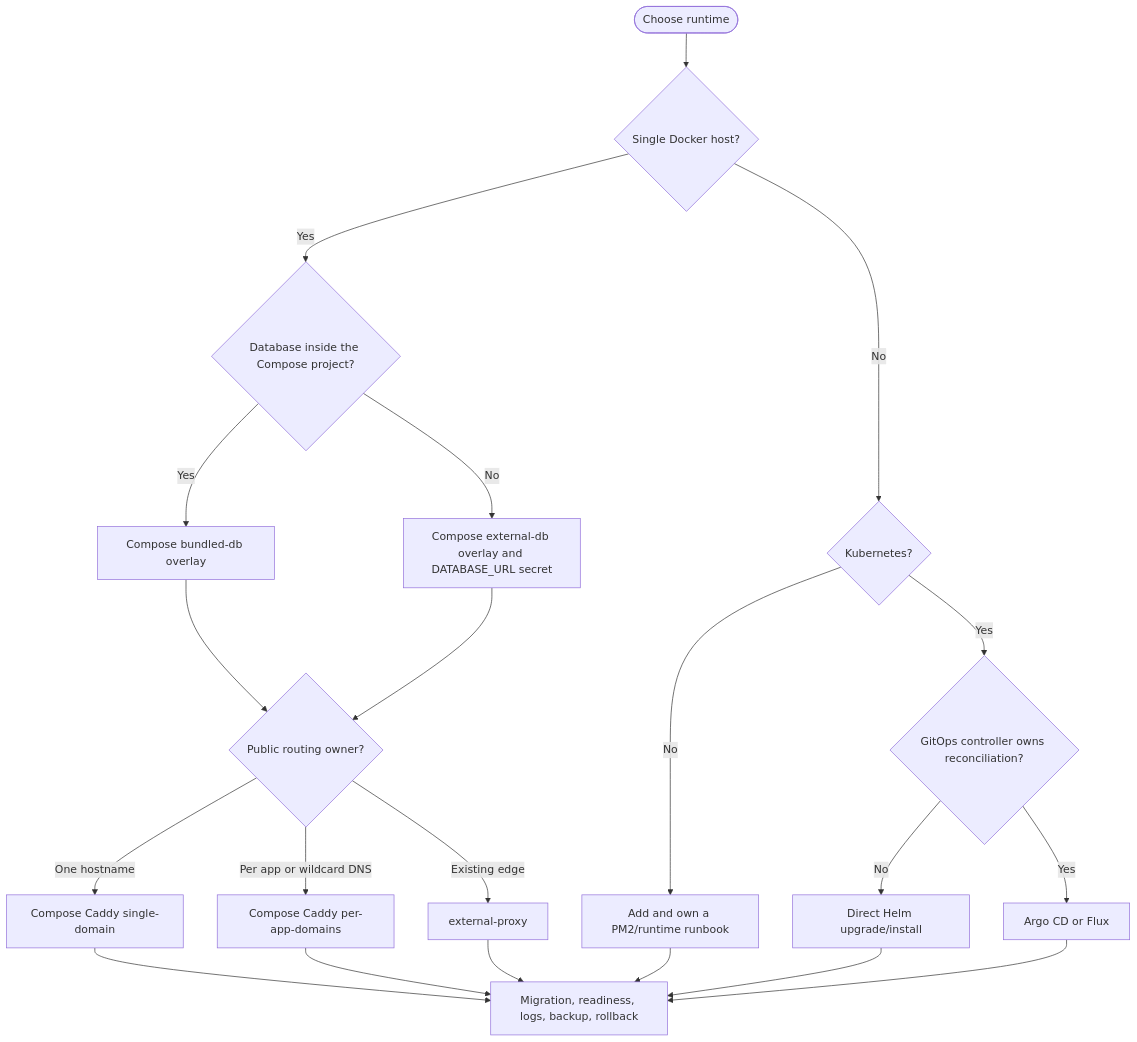
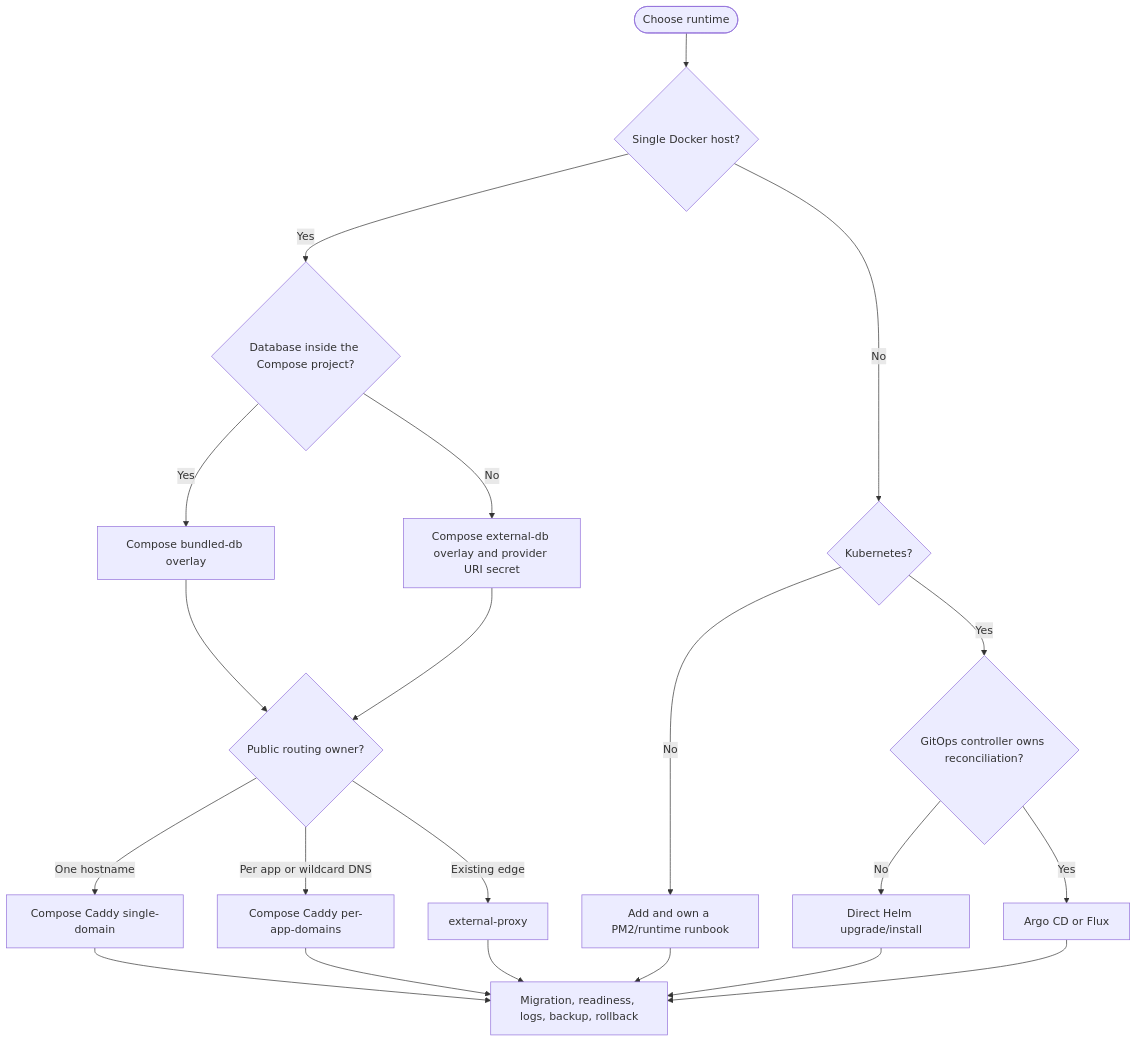
One commit to nmime/nest-react-boilerplate changed the diagram in docs/deployment.md. Above: the diagram before and after it, drawn with Mermaid. The commit also changed other lines of this file and 584 other files, not shown here.

````diff
--- a/docs/deployment.md
+++ b/docs/deployment.md
@@ -26,23 +33,23 @@
 ```mermaid
 flowchart TD
   start([Choose runtime]) --> host{Single Docker host?}
   host -- Yes --> db{Database inside the Compose project?}
   db -- Yes --> bundled[Compose bundled-db overlay]
-  db -- No --> external[Compose external-db overlay and DATABASE_URL secret]
+  db -- No --> external[Compose external-db overlay and provider URI secret]
   bundled --> domains{Public routing owner?}
   external --> domains
   domains -- One hostname --> single[Compose Caddy single-domain]
   domains -- Per app or wildcard DNS --> multi[Compose Caddy per-app-domains]
   domains -- Existing edge --> proxy[external-proxy]
   host -- No --> k8s{Kubernetes?}
   k8s -- No --> pm2[Add and own a PM2/runtime runbook]
   k8s -- Yes --> controller{GitOps controller owns reconciliation?}
   controller -- No --> helm[Direct Helm upgrade/install]
   controller -- Yes --> gitops[Argo CD or Flux]
   single --> verify[Migration, readiness, logs, backup, rollback]
   multi --> verify
   proxy --> verify
   pm2 --> verify
   helm --> verify
   gitops --> verify
 ```
````
